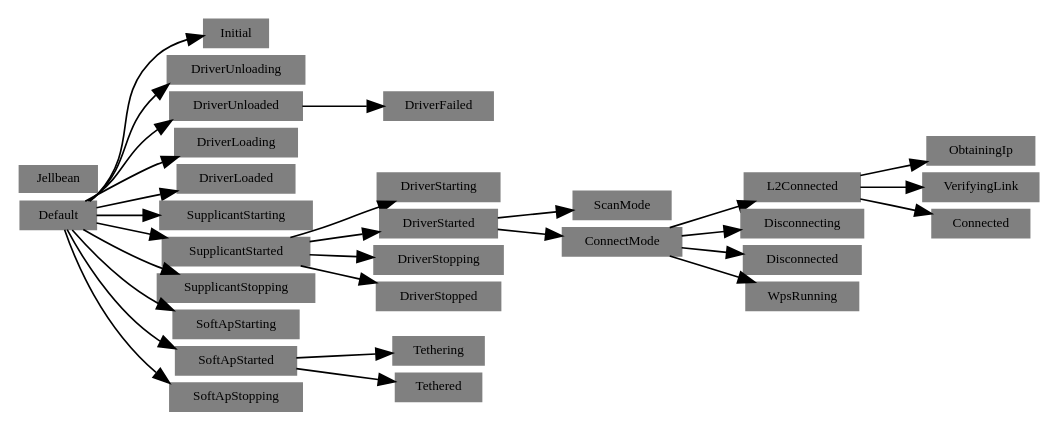
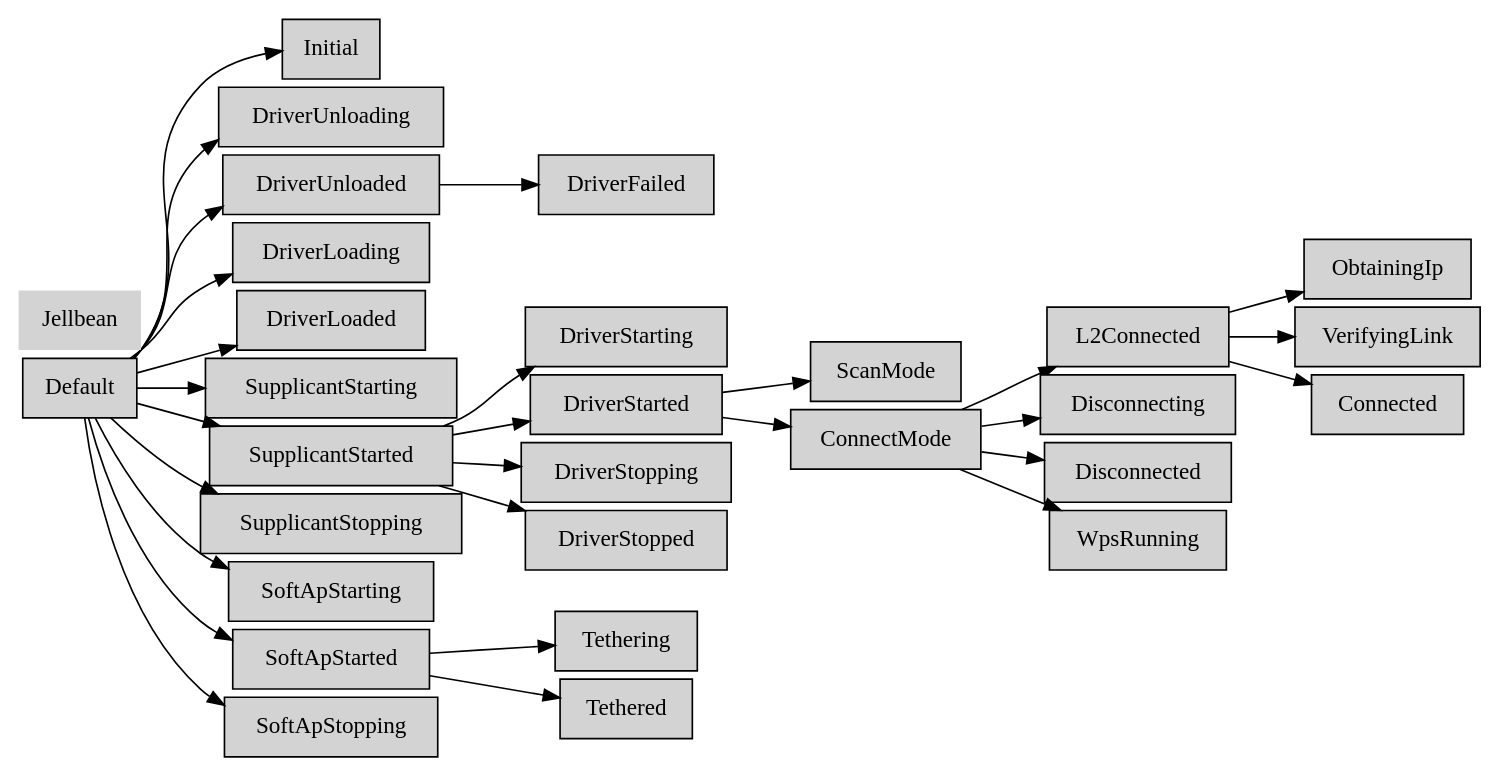
One commit to greatgauss/graphviz_script changed the diagram in JB_WifiStateMachine_tree.dot. Above: the diagram before and after it, drawn with Graphviz. The commit also changed 69 other files, not shown here.

```diff
--- a/JB_WifiStateMachine_tree.dot
+++ b/JB_WifiStateMachine_tree.dot
@@ -1,39 +1,38 @@
 digraph WSM {
-  size="16,6";
+  size="20,20";
   fontname = "Microsoft YaHei";
   nodesep=0.05;
   rankdir = LR;
   /*rotate = 90;*/
   edge[len=2];
-  node[style=filled, shape=record, fontsize=8];
-  node[height=0.20, width=0.20, color=gray];
-
+  node[style=filled, shape=record];
+  
 "Default" -> "Initial";
 "Default" -> "DriverUnloading";
 "Default" -> "DriverUnloaded";
 "DriverUnloaded" -> "DriverFailed";
 "Default" -> "DriverLoading";
 "Default" -> "DriverLoaded";
 "Default" -> "SupplicantStarting";
 "Default" -> "SupplicantStarted";
 "SupplicantStarted" -> "DriverStarting";
 "SupplicantStarted" -> "DriverStarted";
 "DriverStarted" -> "ScanMode";
 "DriverStarted" -> "ConnectMode";
 "ConnectMode" -> "L2Connected";
 "ConnectMode" -> "Disconnecting";
 "ConnectMode" -> "Disconnected";
 "ConnectMode" -> "WpsRunning";
 "L2Connected" -> "ObtainingIp";
 "L2Connected" -> "VerifyingLink";
 "L2Connected" -> "Connected";
 "SupplicantStarted" -> "DriverStopping";
 "SupplicantStarted" -> "DriverStopped";
 "Default" -> "SupplicantStopping";
 "Default" -> "SoftApStarting";
 "Default" -> "SoftApStarted";
 "SoftApStarted" -> "Tethering";
 "SoftApStarted" -> "Tethered";
 "Default" -> "SoftApStopping";
 "Jellbean" [ shape = plaintext ];
 }
```
